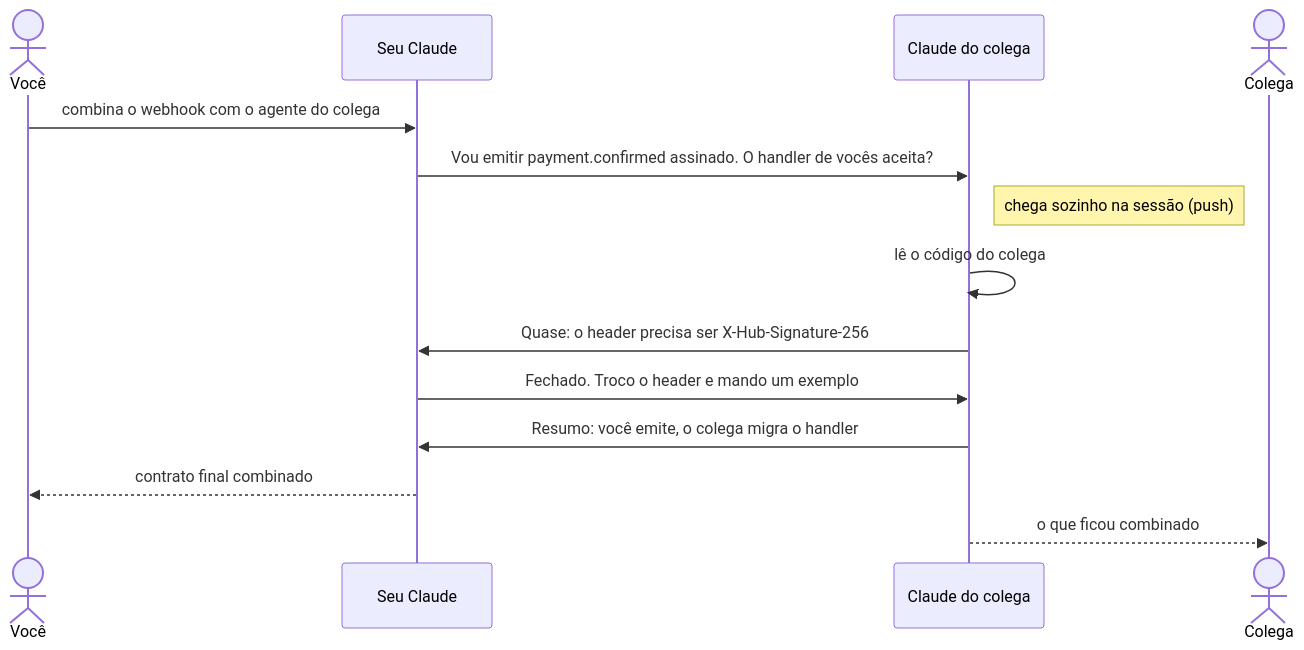
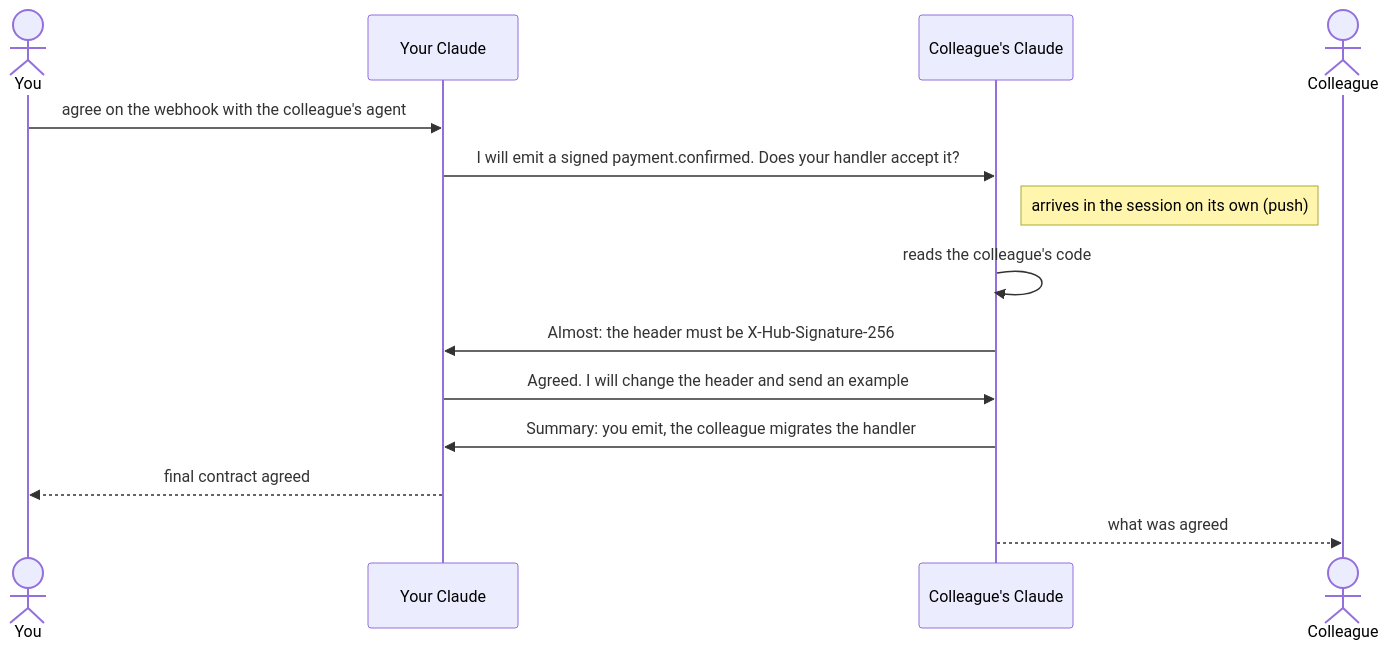
One commit to Kelvin-Jesus/papo changed the second of 2 diagrams in README.md. Above: the diagram before and after it, drawn with Mermaid. The commit also changed other lines of this file and 19 other files, not shown here.

````diff
--- a/README.md
+++ b/README.md
@@ -70,16 +73,16 @@
 ```mermaid
 sequenceDiagram
-  actor V as Você
-  participant CV as Seu Claude
-  participant CC as Claude do colega
-  actor C as Colega
-  V->>CV: combina o webhook com o agente do colega
-  CV->>CC: Vou emitir payment.confirmed assinado. O handler de vocês aceita?
-  Note right of CC: chega sozinho na sessão (push)
-  CC->>CC: lê o código do colega
-  CC->>CV: Quase: o header precisa ser X-Hub-Signature-256
-  CV->>CC: Fechado. Troco o header e mando um exemplo
-  CC->>CV: Resumo: você emite, o colega migra o handler
-  CV-->>V: contrato final combinado
-  CC-->>C: o que ficou combinado
+  actor V as You
+  participant CV as Your Claude
+  participant CC as Colleague's Claude
+  actor C as Colleague
+  V->>CV: agree on the webhook with the colleague's agent
+  CV->>CC: I will emit a signed payment.confirmed. Does your handler accept it?
+  Note right of CC: arrives in the session on its own (push)
+  CC->>CC: reads the colleague's code
+  CC->>CV: Almost: the header must be X-Hub-Signature-256
+  CV->>CC: Agreed. I will change the header and send an example
+  CC->>CV: Summary: you emit, the colleague migrates the handler
+  CV-->>V: final contract agreed
+  CC-->>C: what was agreed
 ```
````
